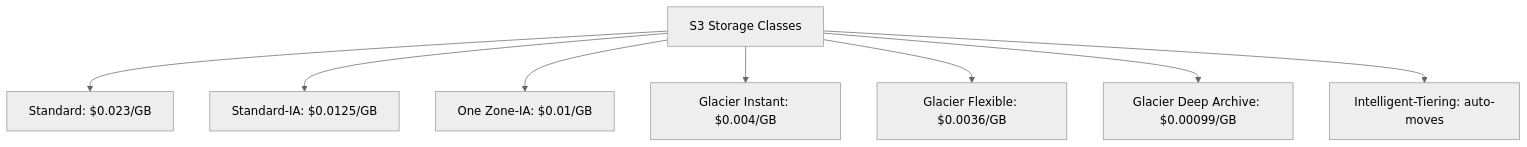
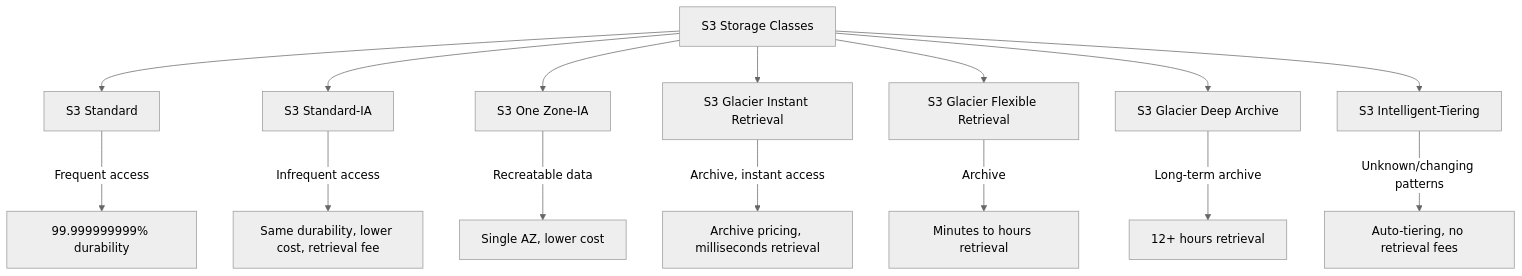
One commit to vanos001/placement_prep changed the second of 13 diagrams in src/cloud/aws/s3.md. Above: the diagram before and after it, drawn with Mermaid (neutral theme). The commit also changed other lines of this file, not shown here.

Commit message:
Auto-update: content expansion

````diff
--- a/src/cloud/aws/s3.md
+++ b/src/cloud/aws/s3.md
@@ -33,10 +44,18 @@
 ```mermaid
-graph TD
-    S3[S3 Storage Classes] --> STD[Standard: $0.023/GB]
-    S3 --> IA[Standard-IA: $0.0125/GB]
-    S3 --> ONE[One Zone-IA: $0.01/GB]
-    S3 --> GLACIER_INSTANT[Glacier Instant: $0.004/GB]
-    S3 --> GLACIER[Glacier Flexible: $0.0036/GB]
-    S3 --> DEEP[Glacier Deep Archive: $0.00099/GB]
-    S3 --> INTEL[Intelligent-Tiering: auto-moves]
+graph TB
+    S3[S3 Storage Classes] --> S3STANDARD[S3 Standard]
+    S3 --> S3IA[S3 Standard-IA]
+    S3 --> S3OIA[S3 One Zone-IA]
+    S3 --> S3GI[S3 Glacier Instant Retrieval]
+    S3 --> S3GF[S3 Glacier Flexible Retrieval]
+    S3 --> S3GDA[S3 Glacier Deep Archive]
+    S3 --> S3INTELL[S3 Intelligent-Tiering]
+
+    S3STANDARD --> |Frequent access| ST_DUR[99.999999999% durability]
+    S3IA --> |Infrequent access| IA_DUR[Same durability, lower cost, retrieval fee]
+    S3OIA --> |Recreatable data| OZ_DUR[Single AZ, lower cost]
+    S3GI --> |Archive, instant access| GI_DUR[Archive pricing, milliseconds retrieval]
+    S3GF --> |Archive| GF_DUR[Minutes to hours retrieval]
+    S3GDA --> |Long-term archive| GDA_DUR[12+ hours retrieval]
+    S3INTELL --> |Unknown/changing patterns| INT_DUR[Auto-tiering, no retrieval fees]
 ```
````
